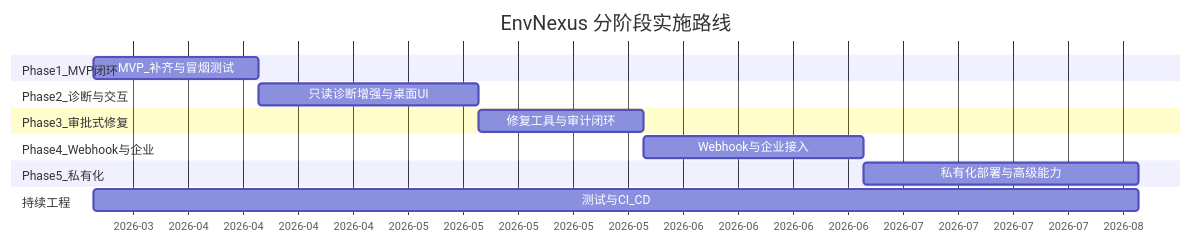
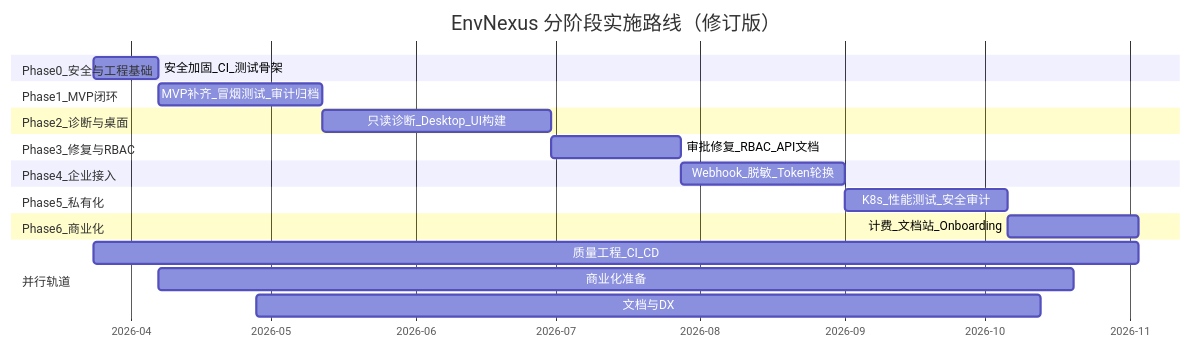
One commit to zy-eagle/envnexus changed the diagram in docs/development-roadmap.md. Above: the diagram before and after it, drawn with Mermaid. The commit also changed other lines of this file and 1 other file, not shown here.

First line of the commit message:
docs: revise roadmap with security/test gates and add commercialization plan

````diff
--- a/docs/development-roadmap.md
+++ b/docs/development-roadmap.md
@@ -43,24 +58,32 @@
 ```mermaid
 gantt
-    title EnvNexus 分阶段实施路线
+    title EnvNexus 分阶段实施路线（修订版）
     dateFormat YYYY-MM-DD
     axisFormat %Y-%m
 
+    section Phase0_安全与工程基础
+    安全加固_CI_测试骨架      :p0, 2026-03-24, 14d
+
     section Phase1_MVP闭环
-    MVP_补齐与冒烟测试    :p1, 2026-03-24, 21d
+    MVP补齐_冒烟测试_审计归档  :p1, after p0, 35d
 
-    section Phase2_诊断与交互
-    只读诊断增强与桌面UI   :p2, after p1, 28d
+    section Phase2_诊断与桌面
+    只读诊断_Desktop_UI构建   :p2, after p1, 49d
 
-    section Phase3_审批式修复
-    修复工具与审计闭环     :p3, after p2, 21d
+    section Phase3_修复与RBAC
+    审批修复_RBAC_API文档     :p3, after p2, 28d
 
-    section Phase4_Webhook与企业
-    Webhook与企业接入      :p4, after p3, 28d
+    section Phase4_企业接入
+    Webhook_脱敏_Token轮换   :p4, after p3, 35d
 
     section Phase5_私有化
-    私有化部署与高级能力    :p5, after p4, 35d
+    K8s_性能测试_安全审计     :p5, after p4, 35d
 
-    section 持续工程
-    测试与CI_CD           :ci, 2026-03-24, 133d
+    section Phase6_商业化
+    计费_文档站_Onboarding   :p6, after p5, 28d
+
+    section 并行轨道
+    质量工程_CI_CD           :qa, 2026-03-24, 224d
+    商业化准备               :biz, 2026-04-07, 196d
+    文档与DX                :doc, 2026-04-28, 168d
 ```
````
